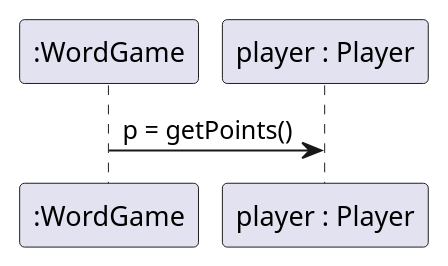
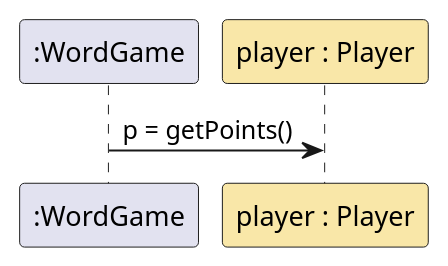
One commit to HAN-Craftsmanship-KL-JJG/oose-study changed the tenth of 23 diagrams in app/check-design/_sections/common-mistakes-before-and-after.mdx. Above: the diagram before and after it, drawn with PlantUML. The commit also changed other lines of this file and 37 other files, not shown here.

````diff
--- a/app/check-design/_sections/common-mistakes-before-and-after.mdx
+++ b/app/check-design/_sections/common-mistakes-before-and-after.mdx
@@ -127,5 +127,5 @@
 ```plantuml
     participant ":WordGame" as G
-    participant "player : Player" as S
+    participant "player : Player" as S #F9E7A8
     G -> S : p = getPoints()
 ```
````
